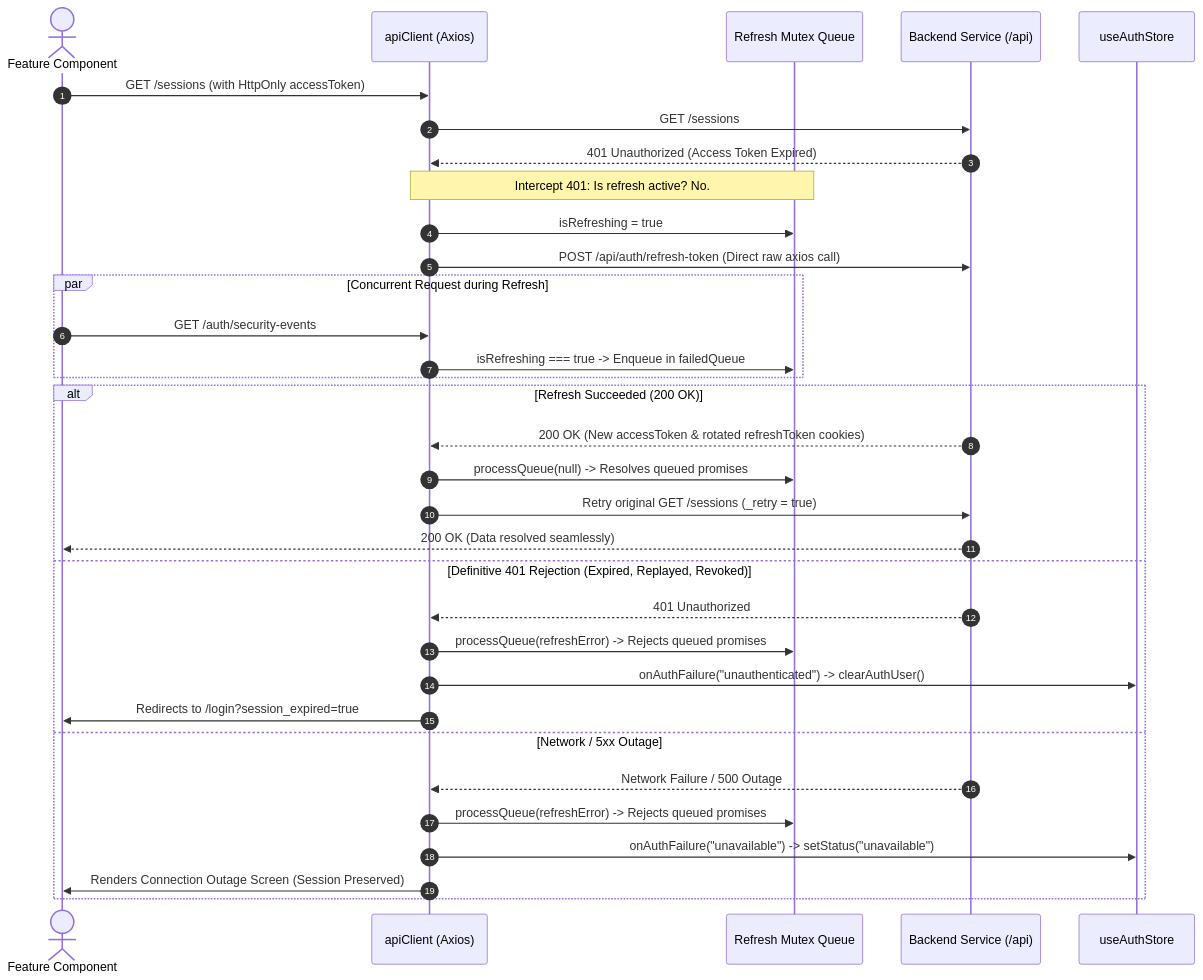
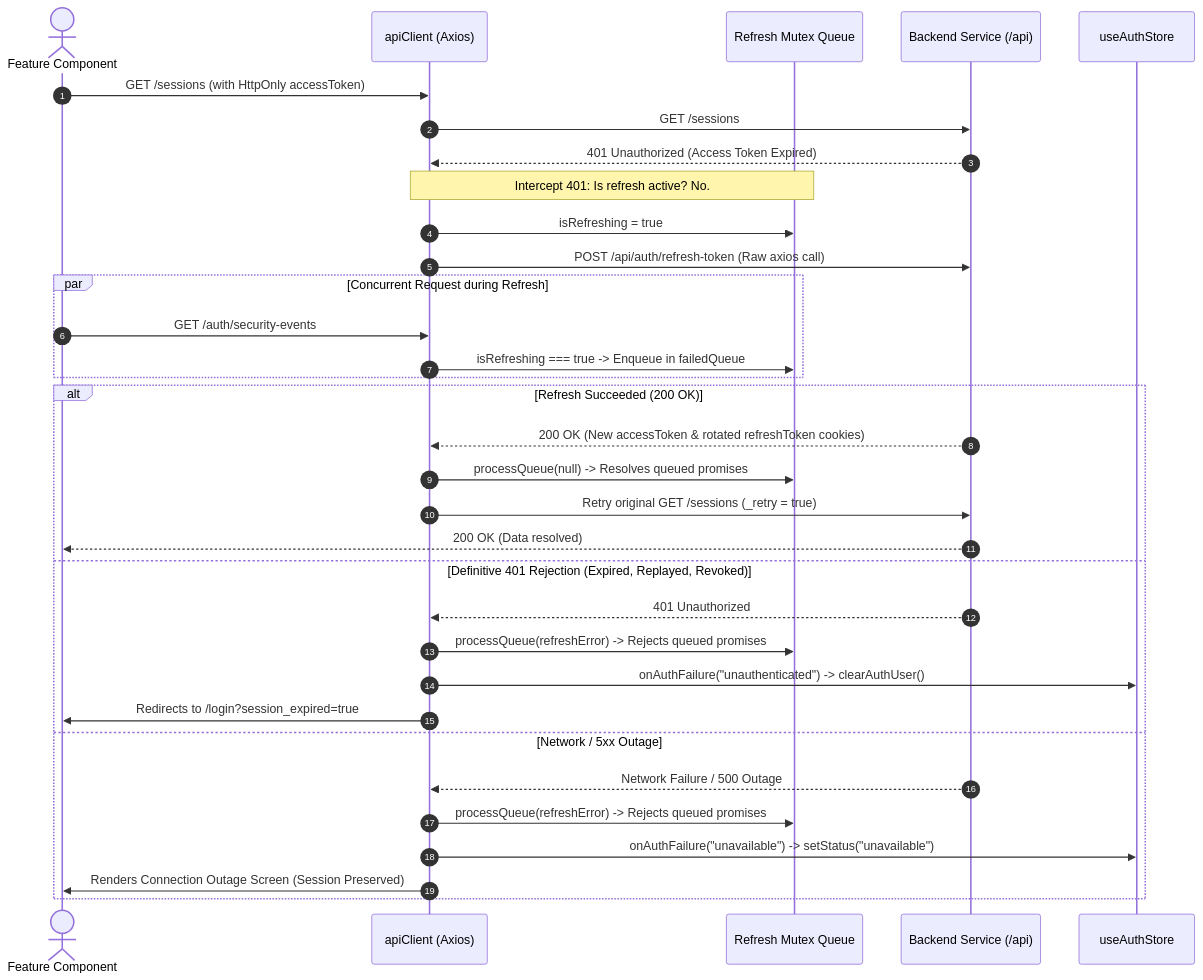
Before and after one commit to utkarshj014/authsphere: the fourth of 9 diagrams in docs/FRONTEND_ARCHITECTURE.md, drawn with Mermaid. The commit also changed other lines of this file, not shown here.

````diff
--- a/docs/FRONTEND_ARCHITECTURE.md
+++ b/docs/FRONTEND_ARCHITECTURE.md
@@ -238,39 +236,39 @@
 ```mermaid
 sequenceDiagram
     autonumber
     actor View as Feature Component
     participant Client as apiClient (Axios)
     participant Mutex as Refresh Mutex Queue
     participant API as Backend Service (/api)
     participant Store as useAuthStore
 
     View->>Client: GET /sessions (with HttpOnly accessToken)
     Client->>API: GET /sessions
     API-->>Client: 401 Unauthorized (Access Token Expired)
-    
+
     Note over Client, Mutex: Intercept 401: Is refresh active? No.
     Client->>Mutex: isRefreshing = true
-    Client->>API: POST /api/auth/refresh-token (Direct raw axios call)
+    Client->>API: POST /api/auth/refresh-token (Raw axios call)
 
     par Concurrent Request during Refresh
         View->>Client: GET /auth/security-events
         Client->>Mutex: isRefreshing === true -> Enqueue in failedQueue
     end
 
     alt Refresh Succeeded (200 OK)
         API-->>Client: 200 OK (New accessToken & rotated refreshToken cookies)
         Client->>Mutex: processQueue(null) -> Resolves queued promises
         Client->>API: Retry original GET /sessions (_retry = true)
-        API-->>View: 200 OK (Data resolved seamlessly)
+        API-->>View: 200 OK (Data resolved)
     else Definitive 401 Rejection (Expired, Replayed, Revoked)
         API-->>Client: 401 Unauthorized
         Client->>Mutex: processQueue(refreshError) -> Rejects queued promises
         Client->>Store: onAuthFailure("unauthenticated") -> clearAuthUser()
         Client->>View: Redirects to /login?session_expired=true
     else Network / 5xx Outage
         API-->>Client: Network Failure / 500 Outage
         Client->>Mutex: processQueue(refreshError) -> Rejects queued promises
         Client->>Store: onAuthFailure("unavailable") -> setStatus("unavailable")
         Client->>View: Renders Connection Outage Screen (Session Preserved)
     end
 ```
````
